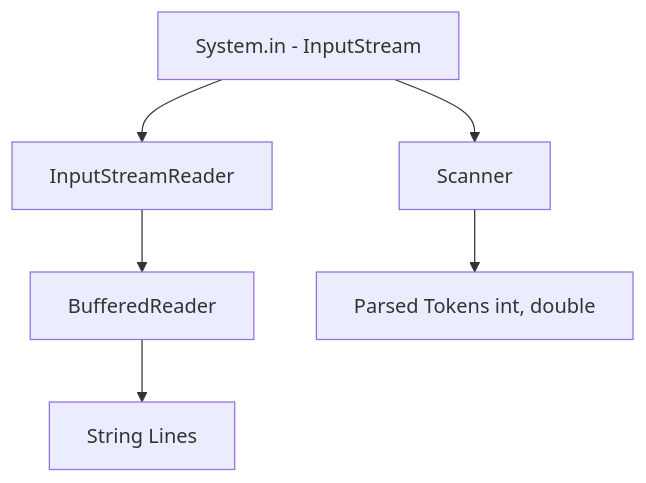
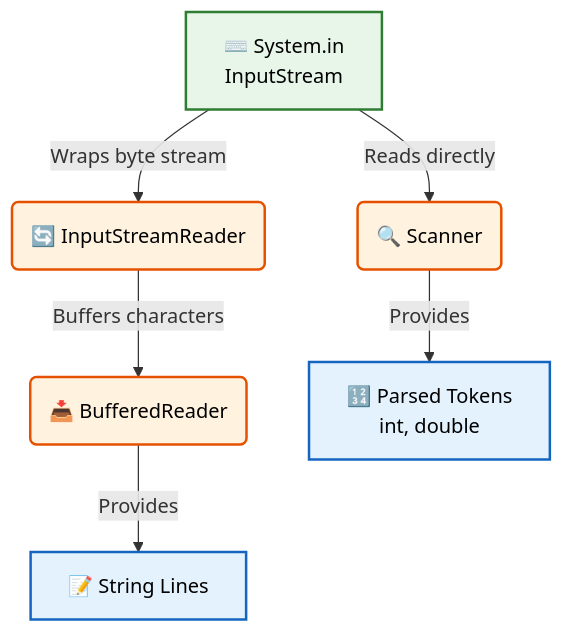
One commit to Omkar4112/Placement-Preparation-Hub changed the sixth of 36 diagrams in Ultimate_Java_Placement_Handbook.md. Above: the diagram before and after it, drawn with Mermaid. The commit also changed other lines of this file, not shown here.

Commit message:
Enhance Mermaid architecture diagrams in handbook

````diff
--- a/Ultimate_Java_Placement_Handbook.md
+++ b/Ultimate_Java_Placement_Handbook.md
@@ -526,8 +574,13 @@
 ```mermaid
-graph TD
-    A[System.in - InputStream] --> B[Scanner]
-    A --> C[InputStreamReader]
-    C --> D[BufferedReader]
-    B --> E[Parsed Tokens int, double]
-    D --> F[String Lines]
+flowchart TD
+    classDef input fill:#e8f5e9,stroke:#2e7d32,color:#000,stroke-width:2px;
+    classDef process fill:#fff3e0,stroke:#e65100,color:#000,stroke-width:2px;
+    classDef output fill:#e3f2fd,stroke:#1565c0,color:#000,stroke-width:2px;
+
+    A[⌨️ System.in<br>InputStream]:::input -->|Reads directly| B(🔍 Scanner):::process
+    A -->|Wraps byte stream| C(🔄 InputStreamReader):::process
+    C -->|Buffers characters| D(📥 BufferedReader):::process
+    
+    B -->|Provides| E[🔢 Parsed Tokens<br>int, double]:::output
+    D -->|Provides| F[📝 String Lines]:::output
 ```
````
